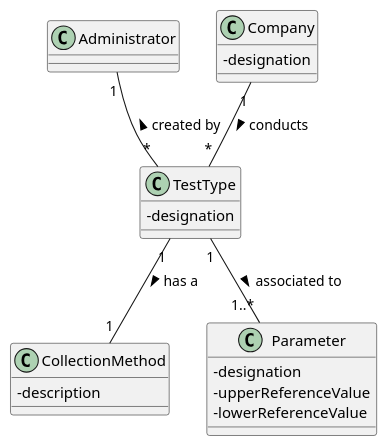
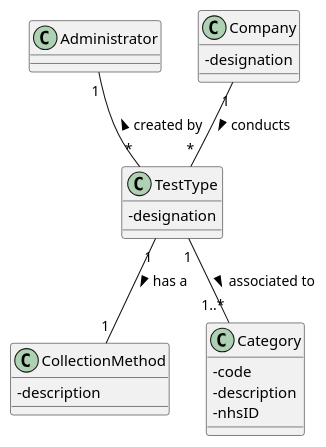
One commit to MadDinosaur/ISEP-LAPR2 changed the diagram in docs/SprintB/US9/US9_DM.puml. Above: the diagram before and after it, drawn with PlantUML. The commit also changed 6 other files, not shown here.

```diff
--- a/docs/SprintB/US9/US9_DM.puml
+++ b/docs/SprintB/US9/US9_DM.puml
@@ -1,28 +1,28 @@
 @startuml
 skinparam classAttributeIconSize 0
 
 class Company {
 -designation
 }
 
 class Administrator
 
 class CollectionMethod {
 -description
 }
 
 class TestType {
 -designation
 }
 
-class Parameter {
--designation
--upperReferenceValue
--lowerReferenceValue
+class Category {
+-code
+-description
+-nhsID
 }
 
 TestType "*"-up-"1" Administrator : created by >
-Parameter "1..*"-up-"1" TestType  : associated to <
+Category "1..*"-up-"1" TestType  : associated to <
 TestType "1"--"1" CollectionMethod : has a  >
 Company "1"-down-"*" TestType : conducts >
 @enduml
```
